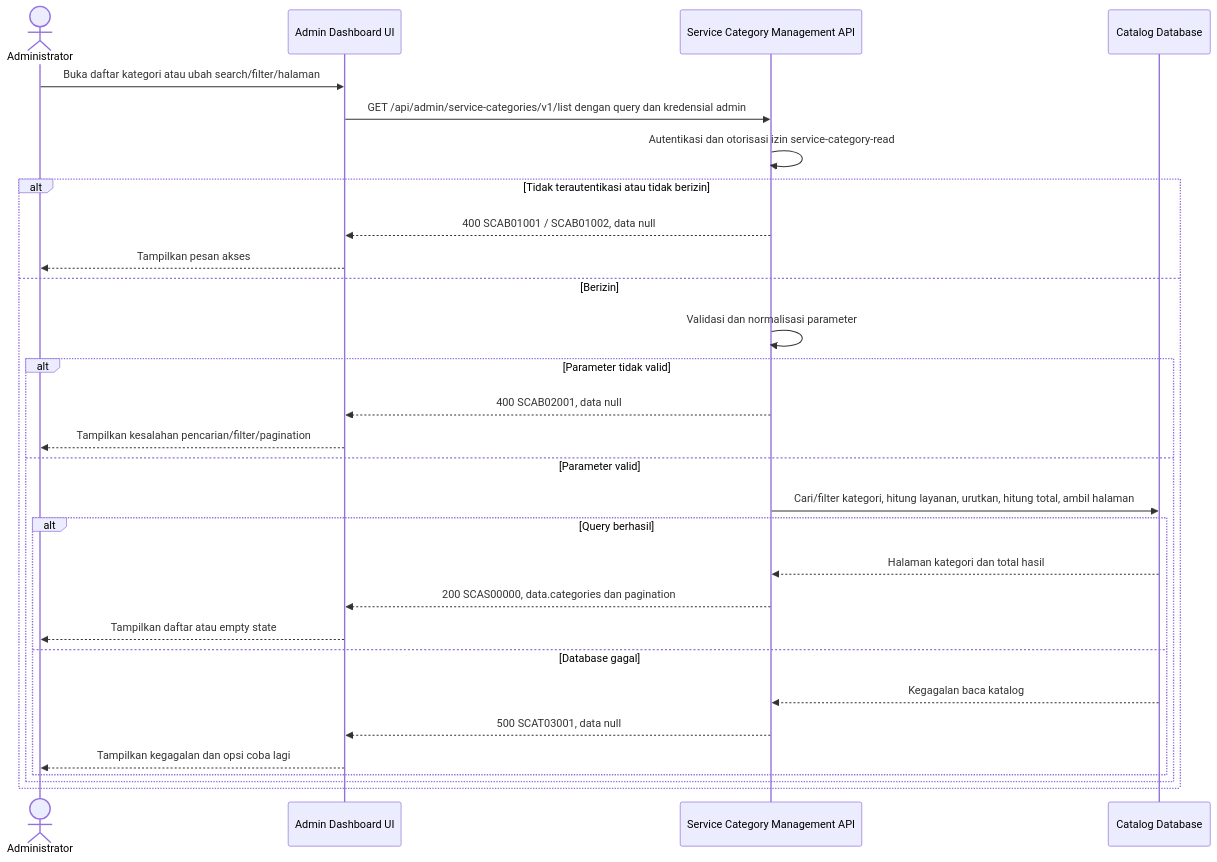
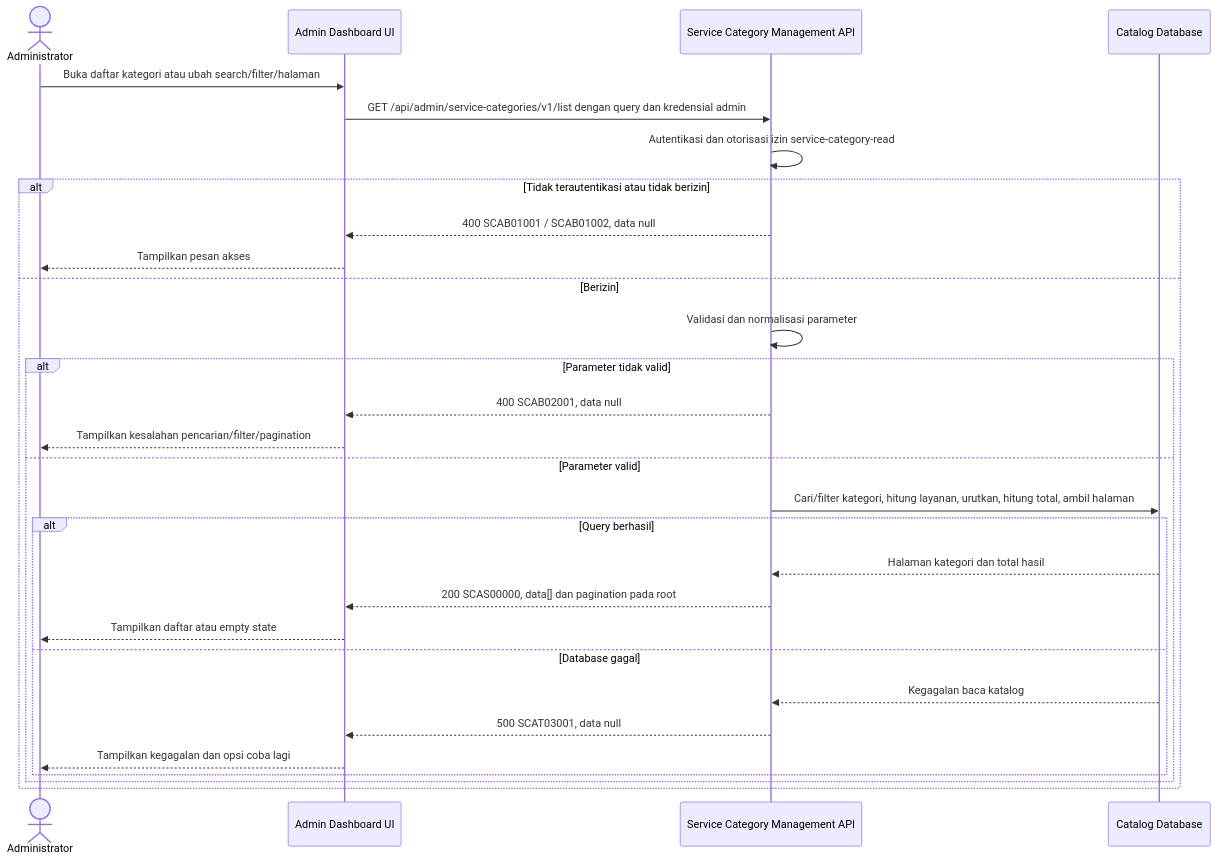
One commit to fatihmuhamadridho/docs-game-service-platform changed the diagram in sprint-2/solutioning/dashboard/service-categories/get-list-service-categories.md. Above: the diagram before and after it, drawn with Mermaid. The commit also changed other lines of this file and 65 other files, not shown here.

````diff
--- a/sprint-2/solutioning/dashboard/service-categories/get-list-service-categories.md
+++ b/sprint-2/solutioning/dashboard/service-categories/get-list-service-categories.md
@@ -14,31 +16,31 @@
 ```mermaid
 sequenceDiagram
     actor Admin as Administrator
     participant UI as Admin Dashboard UI
     participant API as Service Category Management API
     participant DB as Catalog Database
     Admin->>UI: Buka daftar kategori atau ubah search/filter/halaman
     UI->>API: GET /api/admin/service-categories/v1/list dengan query dan kredensial admin
     API->>API: Autentikasi dan otorisasi izin service-category-read
     alt Tidak terautentikasi atau tidak berizin
         API-->>UI: 400 SCAB01001 / SCAB01002, data null
         UI-->>Admin: Tampilkan pesan akses
     else Berizin
         API->>API: Validasi dan normalisasi parameter
         alt Parameter tidak valid
             API-->>UI: 400 SCAB02001, data null
             UI-->>Admin: Tampilkan kesalahan pencarian/filter/pagination
         else Parameter valid
             API->>DB: Cari/filter kategori, hitung layanan, urutkan, hitung total, ambil halaman
             alt Query berhasil
                 DB-->>API: Halaman kategori dan total hasil
-                API-->>UI: 200 SCAS00000, data.categories dan pagination
+                API-->>UI: 200 SCAS00000, data[] dan pagination pada root
                 UI-->>Admin: Tampilkan daftar atau empty state
             else Database gagal
                 DB-->>API: Kegagalan baca katalog
                 API-->>UI: 500 SCAT03001, data null
                 UI-->>Admin: Tampilkan kegagalan dan opsi coba lagi
             end
         end
     end
 ```
````
